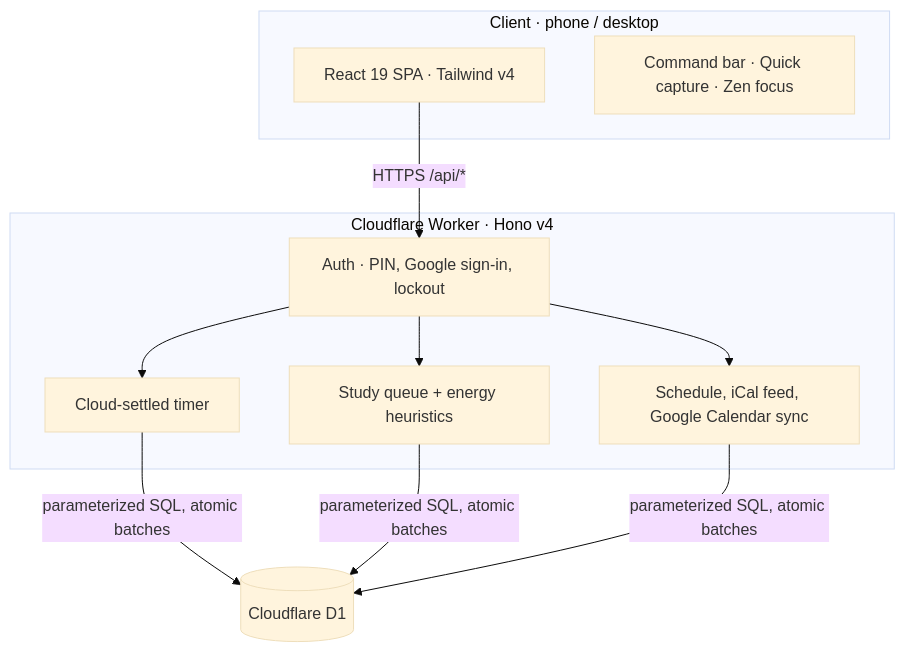
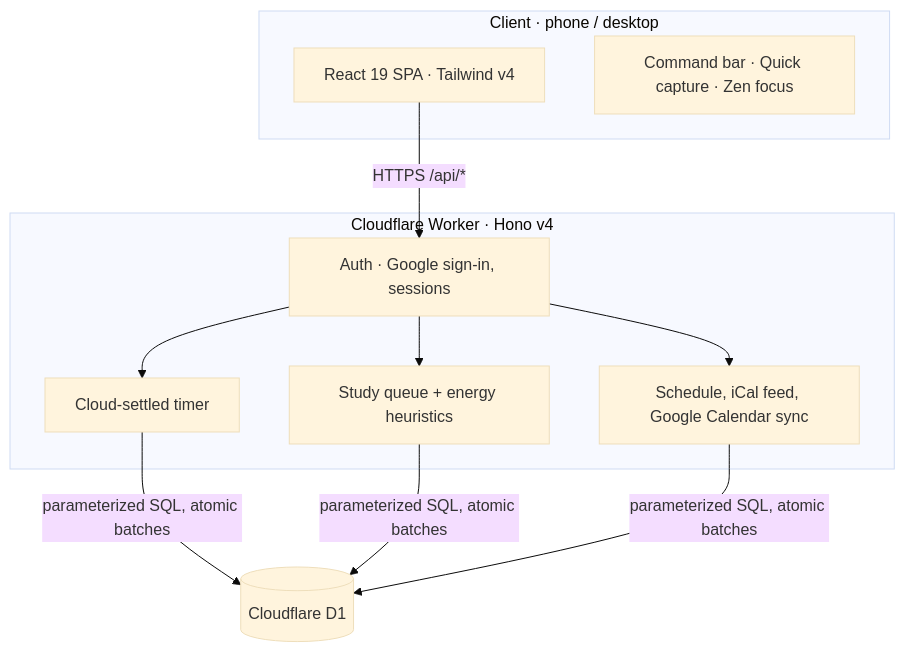
The diagram in README.md (w1tneess/command-deck), drawn with Mermaid (base theme) before and after one commit. The commit also changed other lines of this file and 11 other files, not shown here.

First line of the commit message:
Google is the only way in: remove the PIN and APP_TOKEN (#19)

````diff
--- a/README.md
+++ b/README.md
@@ -18,20 +18,20 @@
 ```mermaid
 graph TD
     subgraph Client [Client · phone / desktop]
         UI[React 19 SPA · Tailwind v4]
         Cmd[Command bar · Quick capture · Zen focus]
     end
 
     subgraph Edge [Cloudflare Worker · Hono v4]
-        Auth[Auth · PIN, Google sign-in, lockout]
+        Auth[Auth · Google sign-in, sessions]
         Timer[Cloud-settled timer]
         Planner[Study queue + energy heuristics]
         Cal[Schedule, iCal feed, Google Calendar sync]
     end
 
     D1[(Cloudflare D1)]
 
     UI -->|HTTPS /api/*| Auth
     Auth --> Timer & Planner & Cal
     Timer & Planner & Cal -->|parameterized SQL, atomic batches| D1
 ```
````
